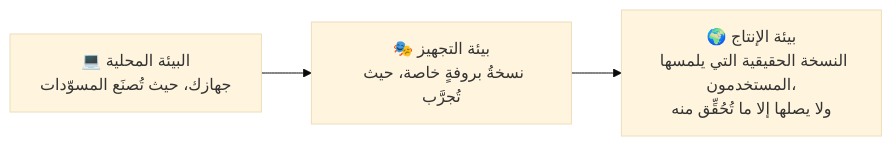
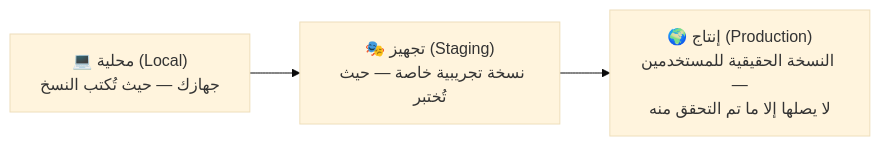
Before and after one commit to Tamoura/system-design-for-vibe-coders: the fifth of 7 diagrams in modules/00-foundations/foundations.ar.md, drawn with Mermaid (base theme). The commit also changed other lines of this file and 5 other files, not shown here.

````diff
--- a/modules/00-foundations/foundations.ar.md
+++ b/modules/00-foundations/foundations.ar.md
@@ -187,5 +192,5 @@
 ```mermaid
 flowchart LR
-    L["💻 البيئة المحلية<br/>جهازك، حيث تُصنَع المسوّدات"] --> S["🎭 بيئة التجهيز<br/>نسخةُ بروفةٍ خاصة، حيث تُجرَّب"]
-    S --> P["🌍 بيئة الإنتاج<br/>النسخة الحقيقية التي يلمسها المستخدمون،<br/>ولا يصلها إلا ما تُحُقِّق منه"]
+    L["💻 محلية (Local)<br/>جهازك — حيث تُكتب النسخ"] --> S["🎭 تجهيز (Staging)<br/>نسخة تجريبية خاصة — حيث تُختبر"]
+    S --> P["🌍 إنتاج (Production)<br/>النسخة الحقيقية للمستخدمين —<br/>لا يصلها إلا ما تم التحقق منه"]
 ```
````
